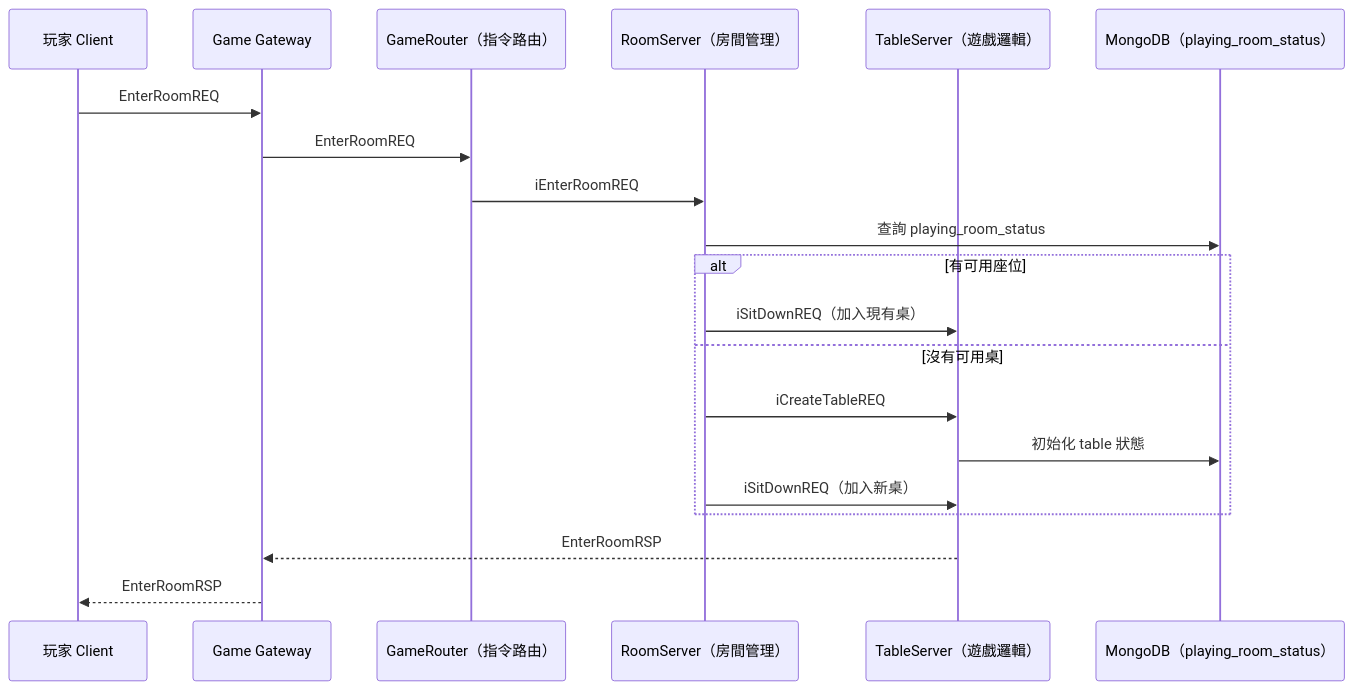
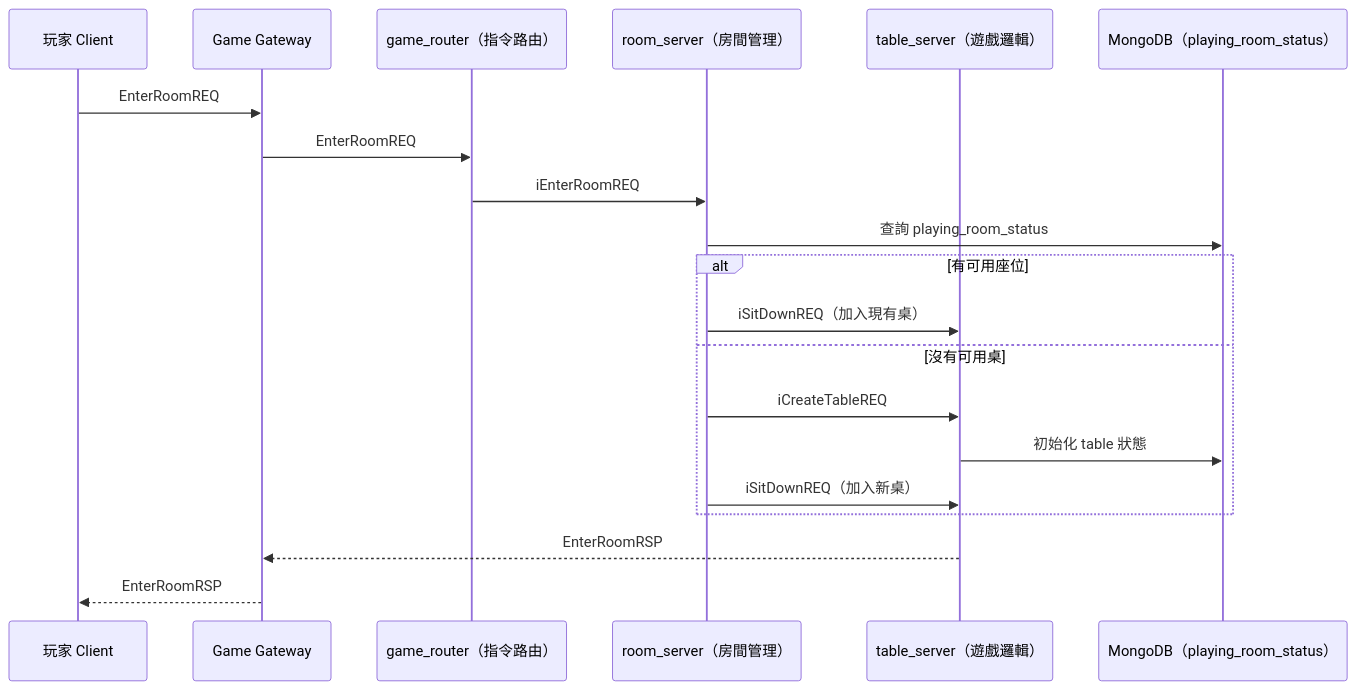
The diagram in match_making.md (leeisman/poker_architecture), drawn with Mermaid before and after one commit. The commit also changed other lines of this file and 12 other files, not shown here.

````diff
--- a/match_making.md
+++ b/match_making.md
@@ -17,27 +17,27 @@
 ```mermaid
 sequenceDiagram
     participant Client as 玩家 Client
     participant Gateway as Game Gateway
-    participant Router as GameRouter（指令路由）
-    participant Room as RoomServer（房間管理）
-    participant Table as TableServer（遊戲邏輯）
+    participant Router as game_router（指令路由）
+    participant Room as room_server（房間管理）
+    participant Table as table_server（遊戲邏輯）
     participant DB as MongoDB（playing_room_status）
 
     Client->>Gateway: EnterRoomREQ
     Gateway->>Router: EnterRoomREQ
     Router->>Room: iEnterRoomREQ
 
     %% 配桌邏輯
     Room->>DB: 查詢 playing_room_status
     alt 有可用座位
         Room->>Table: iSitDownREQ（加入現有桌）
     else 沒有可用桌
         Room->>Table: iCreateTableREQ
         Table->>DB: 初始化 table 狀態
         Room->>Table: iSitDownREQ（加入新桌）
     end
 
     %% 最終回應
     Table-->>Gateway: EnterRoomRSP
     Gateway-->>Client: EnterRoomRSP
 ```
````
